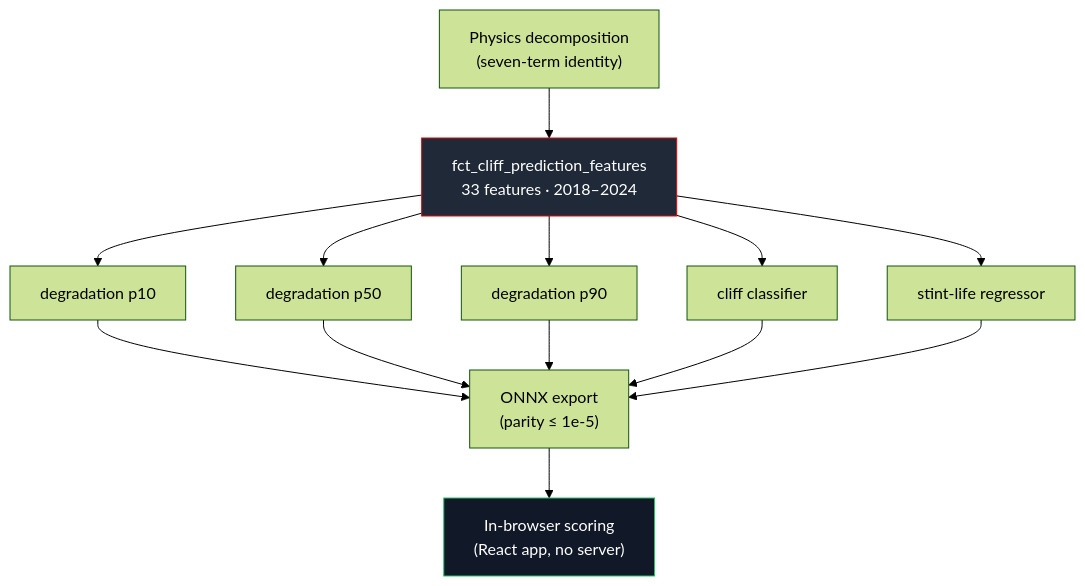
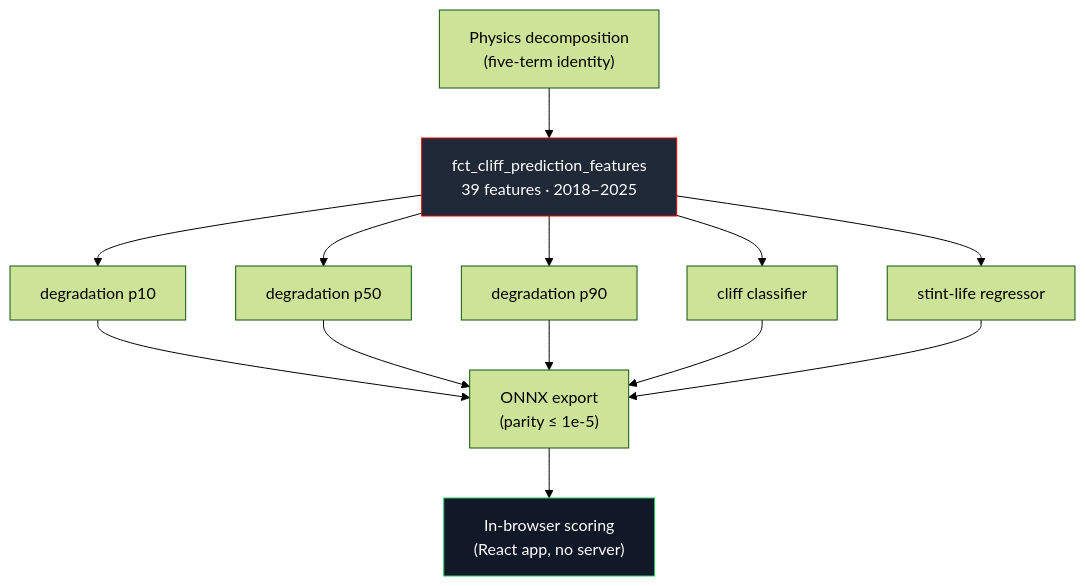
One commit to JustinClarke/off-the-pace changed the diagram in docs/ml/overview.mdx. Above: the diagram before and after it, drawn with Mermaid (forest theme). The commit also changed other lines of this file and 224 other files, not shown here.

````diff
--- a/docs/ml/overview.mdx
+++ b/docs/ml/overview.mdx
@@ -64,16 +64,16 @@
 ```mermaid
 flowchart TD
-    A["Physics decomposition<br/>(seven-term identity)"] --> B["fct_cliff_prediction_features<br/>33 features · 2018–2024"]
+    A["Physics decomposition<br/>(five-term identity)"] --> B["fct_cliff_prediction_features<br/>39 features · 2018–2025"]
     B --> C1["degradation p10"]
     B --> C2["degradation p50"]
     B --> C3["degradation p90"]
     B --> C4["cliff classifier"]
     B --> C5["stint-life regressor"]
     C1 & C2 & C3 & C4 & C5 --> D["ONNX export<br/>(parity ≤ 1e-5)"]
     D --> E["In-browser scoring<br/>(React app, no server)"]
 
     classDef mart fill:#1f2937,stroke:#e40404,color:#fff;
     classDef ship fill:#111827,stroke:#22c55e,color:#fff;
     class B mart;
     class E ship;
 ```
````
